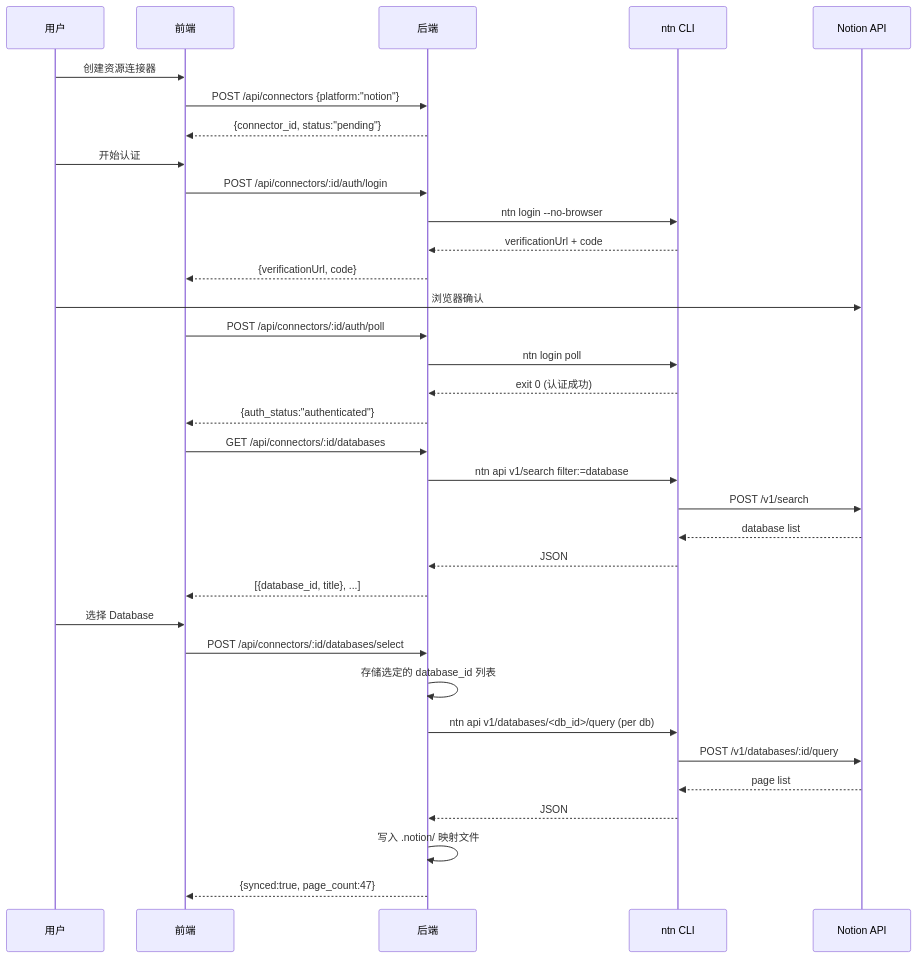
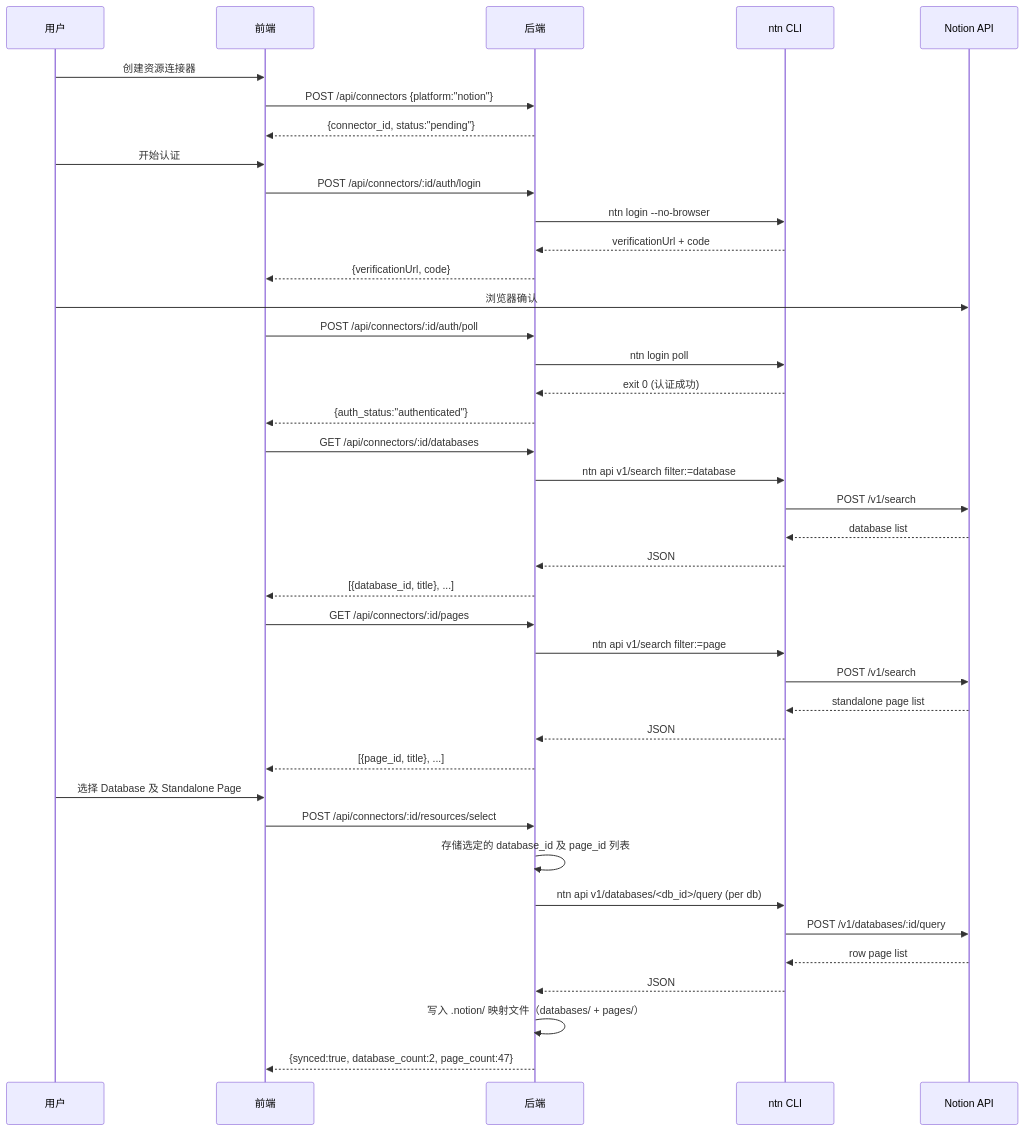
One commit to glide-the/im-dream changed the first of 2 diagrams in docs/design/notion-session/connector-interaction.md. Above: the diagram before and after it, drawn with Mermaid. The commit also changed other lines of this file, not shown here.

First line of the commit message:
fix: correct Notion core concept declarations per API reference

````diff
--- a/docs/design/notion-session/connector-interaction.md
+++ b/docs/design/notion-session/connector-interaction.md
@@ -344,41 +387,48 @@
 ```mermaid
 sequenceDiagram
     participant User as 用户
     participant Front as 前端
     participant Back as 后端
     participant CLI as ntn CLI
     participant Notion as Notion API
 
     User->>Front: 创建资源连接器
     Front->>Back: POST /api/connectors {platform:"notion"}
     Back-->>Front: {connector_id, status:"pending"}
 
     User->>Front: 开始认证
     Front->>Back: POST /api/connectors/:id/auth/login
     Back->>CLI: ntn login --no-browser
     CLI-->>Back: verificationUrl + code
     Back-->>Front: {verificationUrl, code}
     User->>Notion: 浏览器确认
     Front->>Back: POST /api/connectors/:id/auth/poll
     Back->>CLI: ntn login poll
     CLI-->>Back: exit 0 (认证成功)
     Back-->>Front: {auth_status:"authenticated"}
 
     Front->>Back: GET /api/connectors/:id/databases
     Back->>CLI: ntn api v1/search filter:=database
     CLI->>Notion: POST /v1/search
     Notion-->>CLI: database list
     CLI-->>Back: JSON
     Back-->>Front: [{database_id, title}, ...]
 
-    User->>Front: 选择 Database
-    Front->>Back: POST /api/connectors/:id/databases/select
-    Back->>Back: 存储选定的 database_id 列表
+    Front->>Back: GET /api/connectors/:id/pages
+    Back->>CLI: ntn api v1/search filter:=page
+    CLI->>Notion: POST /v1/search
+    Notion-->>CLI: standalone page list
+    CLI-->>Back: JSON
+    Back-->>Front: [{page_id, title}, ...]
+
+    User->>Front: 选择 Database 及 Standalone Page
+    Front->>Back: POST /api/connectors/:id/resources/select
+    Back->>Back: 存储选定的 database_id 及 page_id 列表
 
     Back->>CLI: ntn api v1/databases/<db_id>/query (per db)
     CLI->>Notion: POST /v1/databases/:id/query
-    Notion-->>CLI: page list
+    Notion-->>CLI: row page list
     CLI-->>Back: JSON
-    Back->>Back: 写入 .notion/ 映射文件
-    Back-->>Front: {synced:true, page_count:47}
+    Back->>Back: 写入 .notion/ 映射文件（databases/ + pages/）
+    Back-->>Front: {synced:true, database_count:2, page_count:47}
 ```
````
